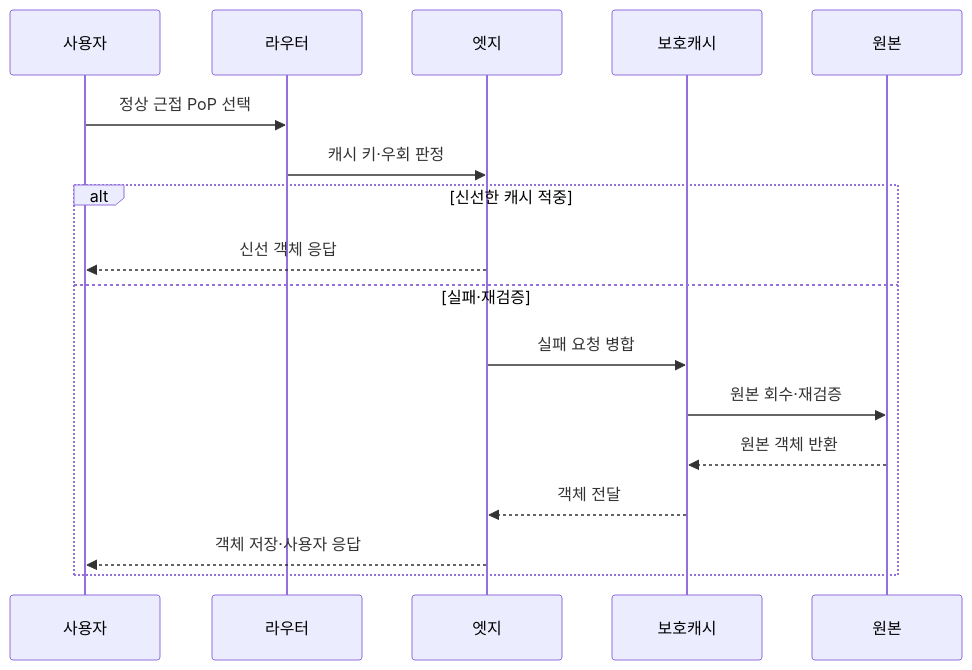
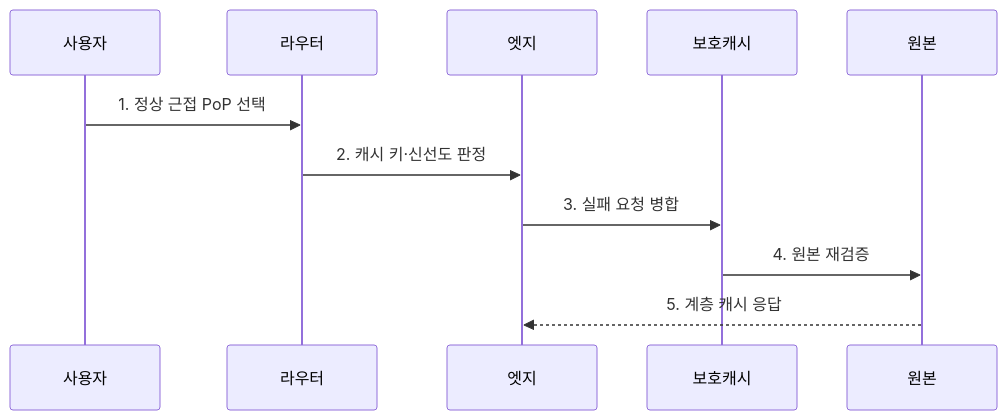
Before and after one commit to agnusdei1207/knowledge-base: the second of 2 diagrams in src/content/docs/notes/04-network/107_global_cdn_architecture.md, drawn with Mermaid. The commit also changed other lines of this file and 21 other files, not shown here.

````diff
--- a/src/content/docs/notes/04-network/107_global_cdn_architecture.md
+++ b/src/content/docs/notes/04-network/107_global_cdn_architecture.md
@@ -83,19 +82,13 @@
 ```mermaid
 sequenceDiagram
     participant 사용자
     participant 라우터
     participant 엣지
     participant 보호캐시
     participant 원본
-    사용자->>라우터: 정상 근접 PoP 선택
-    라우터->>엣지: 캐시 키·우회 판정
-    alt 신선한 캐시 적중
-        엣지-->>사용자: 신선 객체 응답
-    else 실패·재검증
-        엣지->>보호캐시: 실패 요청 병합
-        보호캐시->>원본: 원본 회수·재검증
-        원본-->>보호캐시: 원본 객체 반환
-        보호캐시-->>엣지: 객체 전달
-        엣지-->>사용자: 객체 저장·사용자 응답
-    end
+    사용자->>라우터: 1. 정상 근접 PoP 선택
+    라우터->>엣지: 2. 캐시 키·신선도 판정
+    엣지->>보호캐시: 3. 실패 요청 병합
+    보호캐시->>원본: 4. 원본 재검증
+    원본-->>엣지: 5. 계층 캐시 응답
 ```
````
